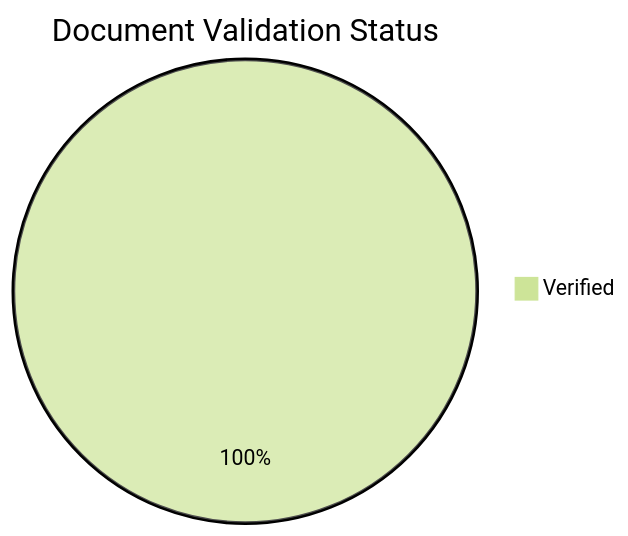
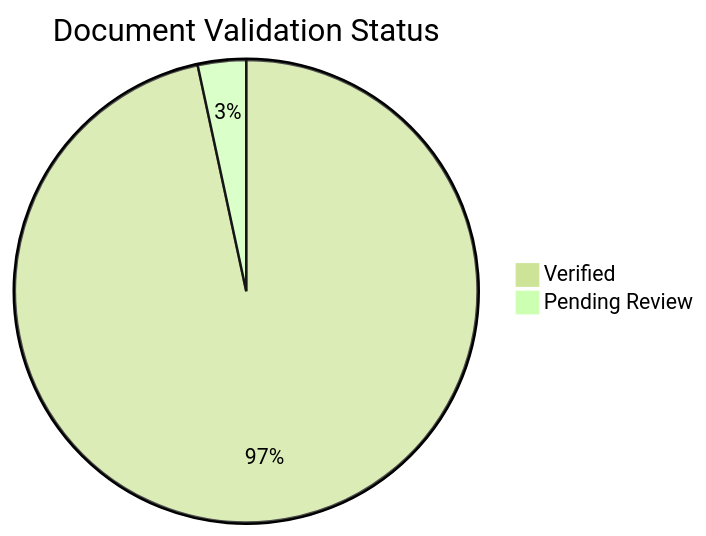
One commit to yeongseon/azure-app-service-practical-guide changed the diagram in docs/reference/content-validation-status.md. Above: the diagram before and after it, drawn with Mermaid (forest theme). The commit also changed other lines of this file and 18 other files, not shown here.

````diff
--- a/docs/reference/content-validation-status.md
+++ b/docs/reference/content-validation-status.md
@@ -24,4 +22,5 @@
 ```mermaid
 pie title Document Validation Status
-    "Verified" : 84
+    "Verified" : 86
+    "Pending Review" : 3
 ```
````
